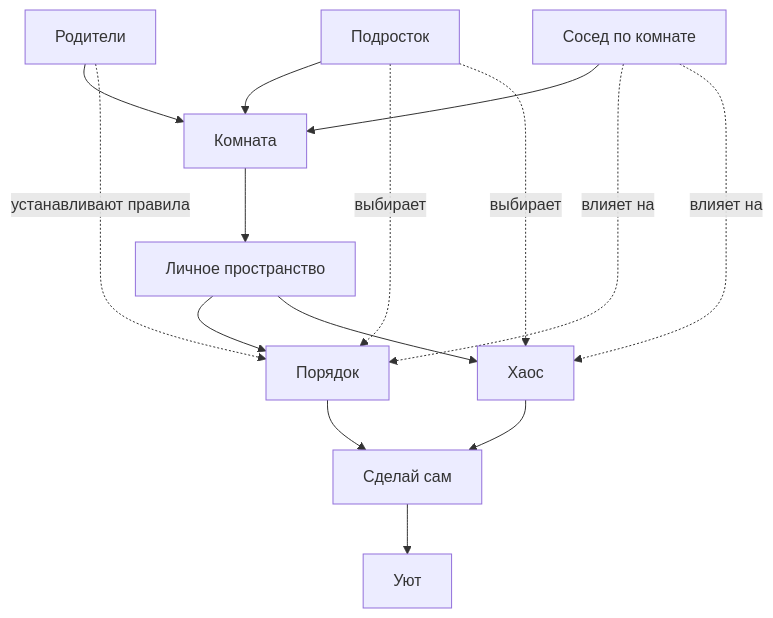
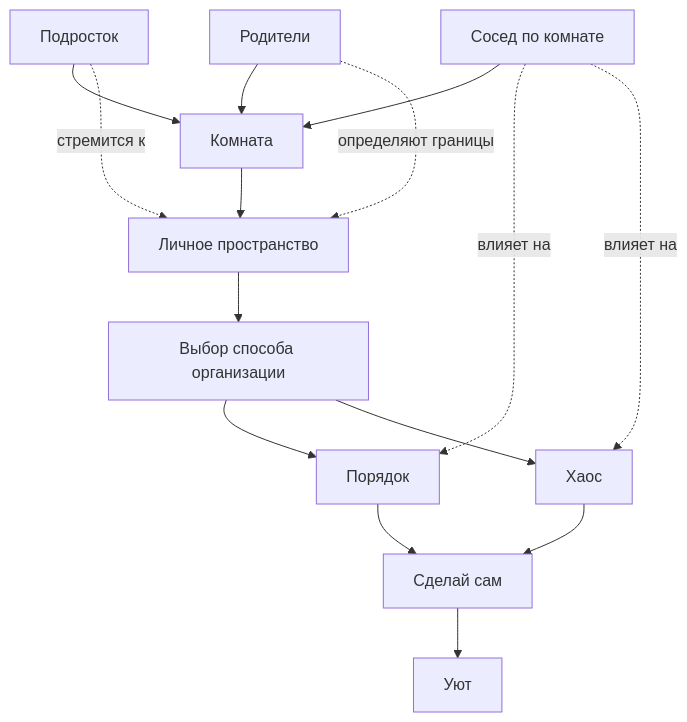
Before and after one commit to tastefulKeypad/2026_Teenbook: the diagram in WORK/me_and_my_everyday_life/my_space/images/ontology_my_space.mmd, drawn with Mermaid.

Commit message:
Updated 'my_space' ontology x2

```diff
--- a/WORK/me_and_my_everyday_life/my_space/images/ontology_my_space.mmd
+++ b/WORK/me_and_my_everyday_life/my_space/images/ontology_my_space.mmd
@@ -1,31 +1,26 @@
 flowchart TD
     Подросток["Подросток"]
     Комната["Комната"]
     Родители["Родители"]
-    
     Сосед["Сосед по комнате"]
-    ЛичноеПространство["Личное пространство"]
-    СделайСам["Сделай сам"]
-    Порядок["Порядок"]
-    Хаос["Хаос"]
-    Уют["Уют"]
     
     Подросток --> Комната
     Родители --> Комната
     Сосед --> Комната
     
-    Комната --> ЛичноеПространство
+    Комната --> ЛичноеПространство["Личное пространство"]
     
-    ЛичноеПространство --> Порядок
-    ЛичноеПространство --> Хаос
+    ЛичноеПространство --> Выбор["Выбор способа организации"]
     
-    Порядок --> СделайСам
+    Выбор --> Порядок["Порядок"]
+    Выбор --> Хаос["Хаос"]
+    
+    Порядок --> СделайСам["Сделай сам"]
     Хаос --> СделайСам
     
-    СделайСам --> Уют
+    СделайСам --> Уют["Уют"]
     
-    Родители -.->|устанавливают правила| Порядок
+    Родители -.->|определяют границы| ЛичноеПространство
     Сосед -.->|влияет на| Порядок
     Сосед -.->|влияет на| Хаос
-    Подросток -.->|выбирает| Порядок
-    Подросток -.->|выбирает| Хаос
+    Подросток -.->|стремится к| ЛичноеПространство
```
